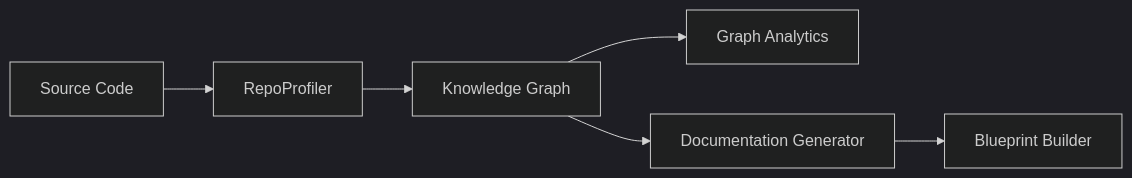
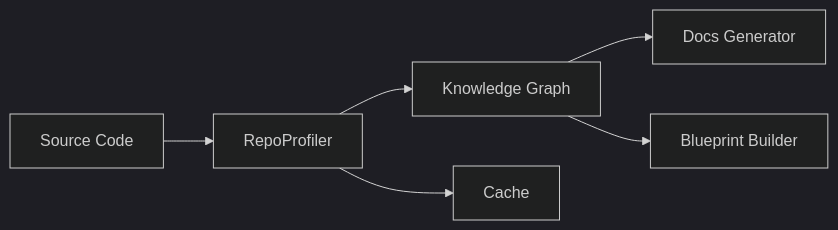
Before and after one commit to Zeeeepa/code-buddy: the diagram in .codebuddy/docs/3h-code-analysis-and-knowledge-graph.md, drawn with Mermaid (dark theme). The commit also changed other lines of this file and 29 other files, not shown here.

````diff
--- a/.codebuddy/docs/3h-code-analysis-and-knowledge-graph.md
+++ b/.codebuddy/docs/3h-code-analysis-and-knowledge-graph.md
@@ -23,8 +13,8 @@
 ```mermaid
 graph LR
     A[Source Code] --> B[RepoProfiler]
     B --> C[Knowledge Graph]
-    C --> D[Graph Analytics]
-    C --> E[Documentation Generator]
-    E --> F[Blueprint Builder]
+    C --> D[Docs Generator]
+    C --> E[Blueprint Builder]
+    B --> F[Cache]
 ```
````
